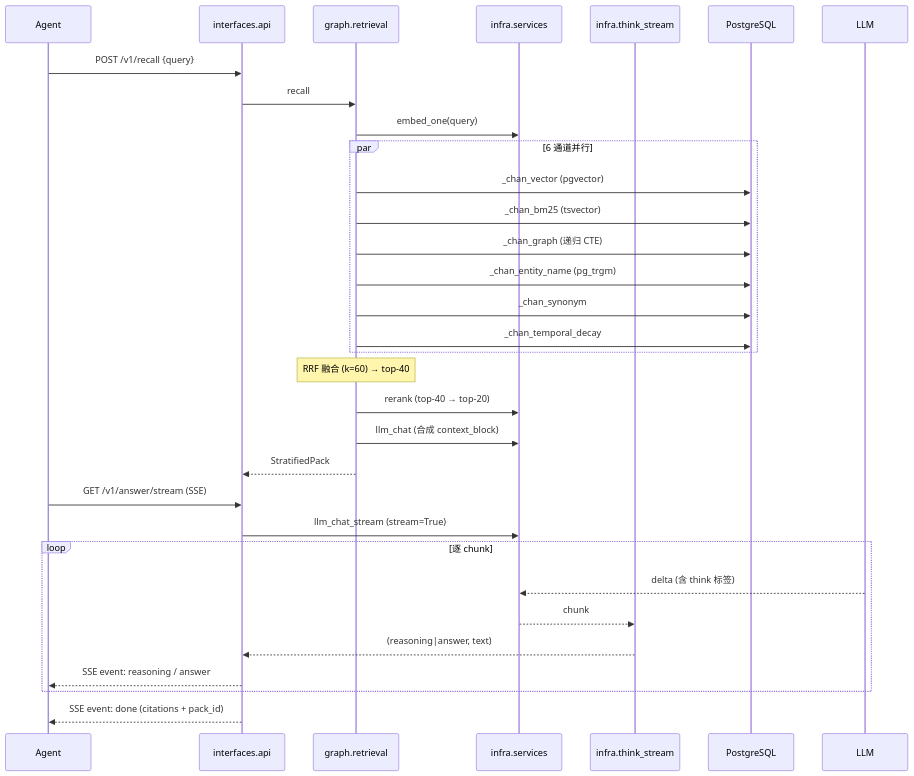
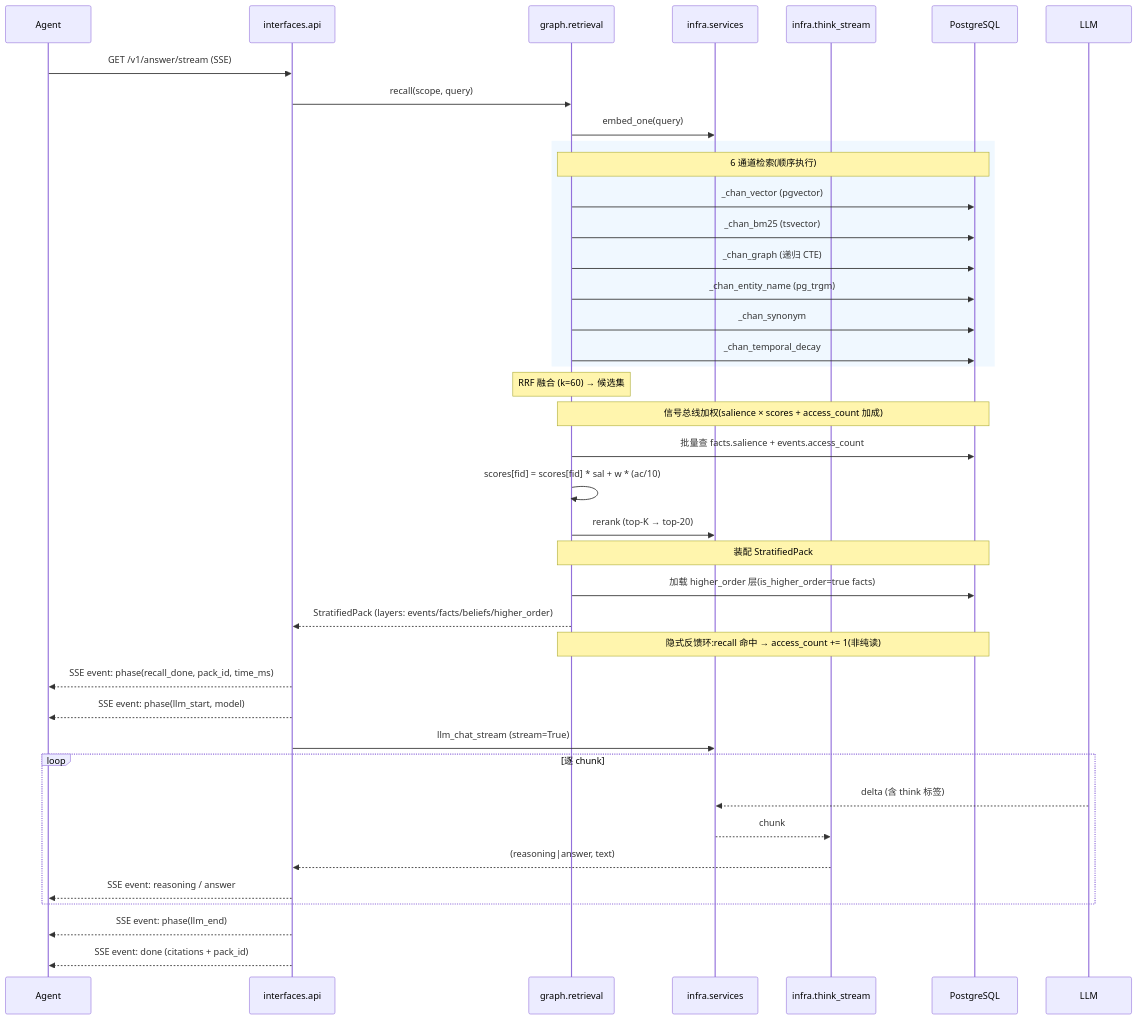
The eighth of 11 diagrams in source/chapters/23-architecture-diagrams.md (pty819/cortex-py-book), drawn with Mermaid before and after one commit. The commit also changed other lines of this file, not shown here.

First line of the commit message:
fix(book): ch23架构视图全面修订——修复编号+补全自演化内容

````diff
--- a/source/chapters/23-architecture-diagrams.md
+++ b/source/chapters/23-architecture-diagrams.md
@@ -425,36 +434,44 @@
 ```{mermaid}
 sequenceDiagram
     participant A as Agent
     participant API as interfaces.api
     participant RET as graph.retrieval
     participant SVC as infra.services
     participant TS as infra.think_stream
     participant DB as PostgreSQL
     participant LLM as LLM
 
-    A->>API: POST /v1/recall {query}
-    API->>RET: recall
+    A->>API: GET /v1/answer/stream (SSE)
+    API->>RET: recall(scope, query)
     RET->>SVC: embed_one(query)
-    par 6 通道并行
+    rect rgb(240,248,255)
+        Note over RET,DB: 6 通道检索(顺序执行)
         RET->>DB: _chan_vector (pgvector)
         RET->>DB: _chan_bm25 (tsvector)
         RET->>DB: _chan_graph (递归 CTE)
         RET->>DB: _chan_entity_name (pg_trgm)
         RET->>DB: _chan_synonym
         RET->>DB: _chan_temporal_decay
     end
-    Note over RET: RRF 融合 (k=60) → top-40
-    RET->>SVC: rerank (top-40 → top-20)
-    RET->>SVC: llm_chat (合成 context_block)
-    RET-->>API: StratifiedPack
+    Note over RET: RRF 融合 (k=60) → 候选集
+    Note over RET,DB: 信号总线加权(salience × scores + access_count 加成)
+    RET->>DB: 批量查 facts.salience + events.access_count
+    RET->>RET: scores[fid] = scores[fid] * sal + w * (ac/10)
+    RET->>SVC: rerank (top-K → top-20)
+    Note over RET,DB: 装配 StratifiedPack
+    RET->>DB: 加载 higher_order 层(is_higher_order=true facts)
+    RET-->>API: StratifiedPack (layers: events/facts/beliefs/higher_order)
+    Note over RET,DB: 隐式反馈环:recall 命中 → access_count += 1(非纯读)
 
-    A->>API: GET /v1/answer/stream (SSE)
+    API-->>A: SSE event: phase(recall_done, pack_id, time_ms)
+    API-->>A: SSE event: phase(llm_start, model)
     API->>SVC: llm_chat_stream (stream=True)
     loop 逐 chunk
         LLM-->>SVC: delta (含 think 标签)
         SVC-->>TS: chunk
         TS-->>API: (reasoning|answer, text)
         API-->>A: SSE event: reasoning / answer
     end
+    API-->>A: SSE event: phase(llm_end)
     API-->>A: SSE event: done (citations + pack_id)
 ```
````
